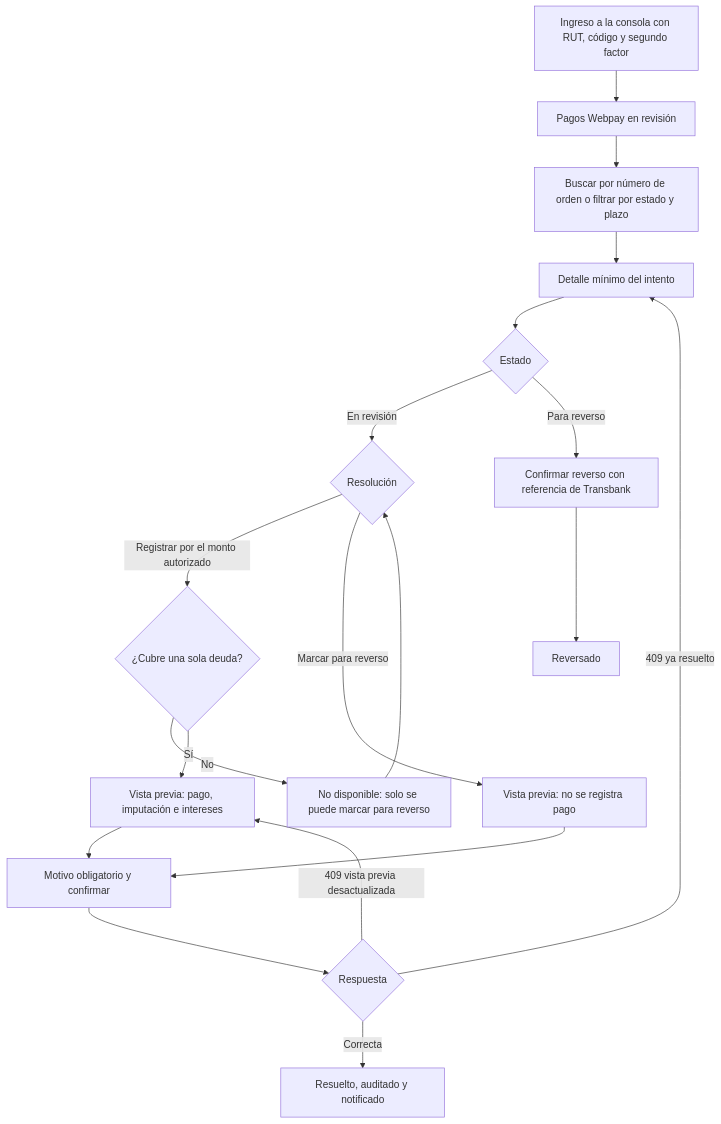
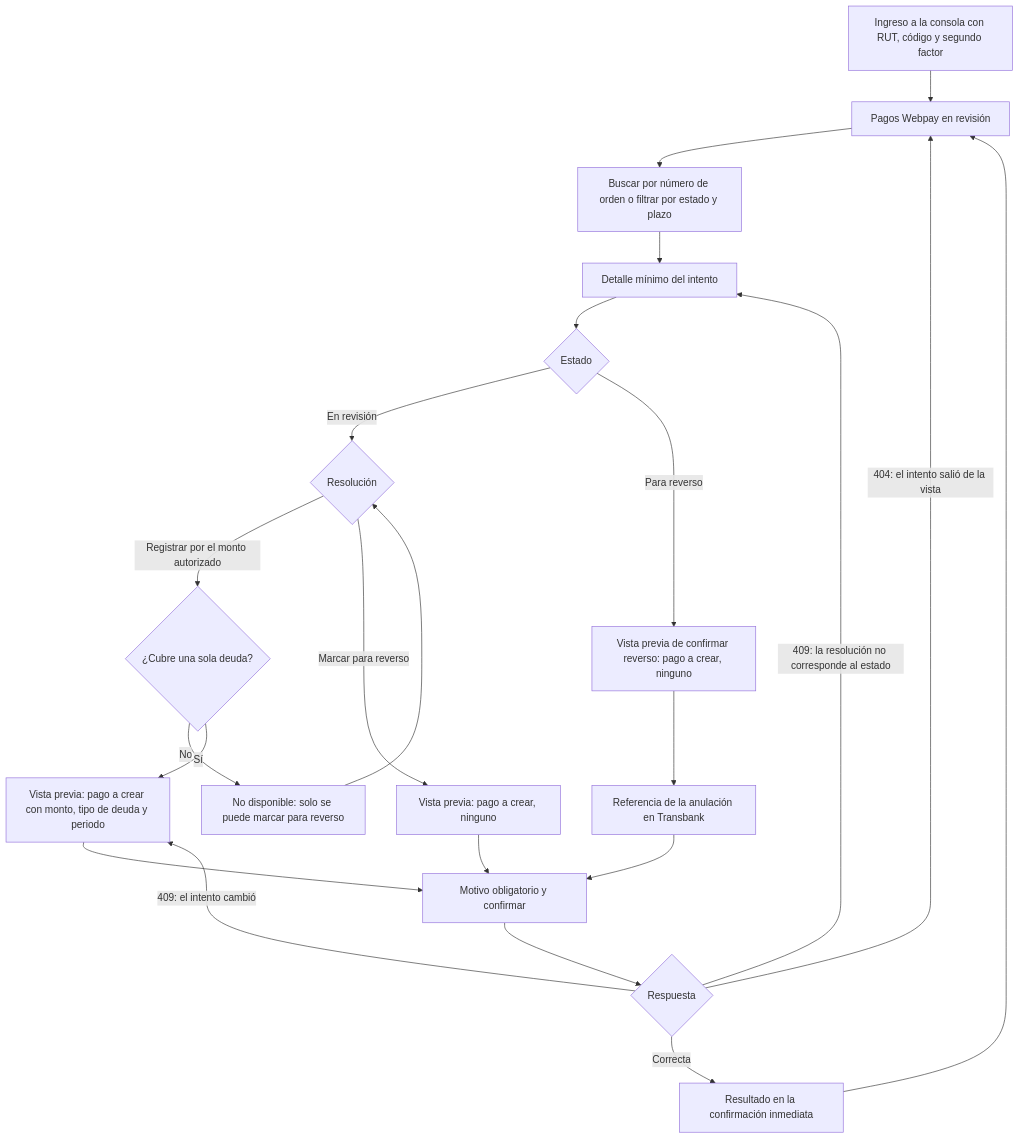
One commit to misterexcel/ComVive changed the diagram in docs/design/flujos/plataforma-soporte-webpay.md. Above: the diagram before and after it, drawn with Mermaid. The commit also changed other lines of this file and 17 other files, not shown here.

First line of the commit message:
docs: resolve design review 3 across spec, architecture, design and QA

````diff
--- a/docs/design/flujos/plataforma-soporte-webpay.md
+++ b/docs/design/flujos/plataforma-soporte-webpay.md
@@ -26,21 +33,24 @@
 ```mermaid
 flowchart TD
   A["Ingreso a la consola con RUT, código y segundo factor"] --> B["Pagos Webpay en revisión"]
   B --> C["Buscar por número de orden o filtrar por estado y plazo"]
   C --> D["Detalle mínimo del intento"]
   D --> E{"Estado"}
   E -->|En revisión| F{"Resolución"}
   F -->|Registrar por el monto autorizado| G{"¿Cubre una sola deuda?"}
   G -->|No| G1["No disponible: solo se puede marcar para reverso"]
   G1 --> F
-  G -->|Sí| H["Vista previa: pago, imputación e intereses"]
-  F -->|Marcar para reverso| I["Vista previa: no se registra pago"]
+  G -->|Sí| H["Vista previa: pago a crear con monto, tipo de deuda y periodo"]
+  F -->|Marcar para reverso| I["Vista previa: pago a crear, ninguno"]
+  E -->|Para reverso| M["Vista previa de confirmar reverso: pago a crear, ninguno"]
+  M --> M1["Referencia de la anulación en Transbank"]
   H --> J["Motivo obligatorio y confirmar"]
   I --> J
+  M1 --> J
   J --> K{"Respuesta"}
-  K -->|409 ya resuelto| D
-  K -->|409 vista previa desactualizada| H
-  K -->|Correcta| L["Resuelto, auditado y notificado"]
-  E -->|Para reverso| M["Confirmar reverso con referencia de Transbank"]
-  M --> N["Reversado"]
+  K -->|404: el intento salió de la vista| B
+  K -->|409: la resolución no corresponde al estado| D
+  K -->|409: el intento cambió| H
+  K -->|Correcta| L["Resultado en la confirmación inmediata"]
+  L --> B
 ```
````
